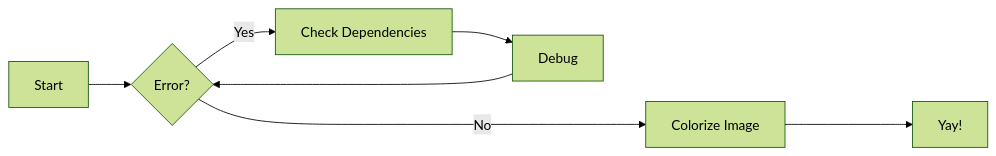
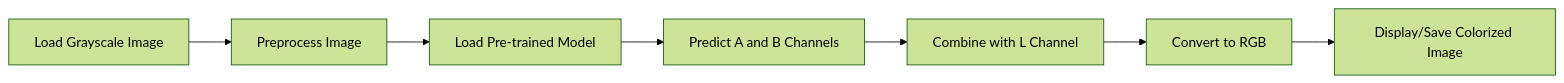
Before and after one commit to Avdhesh-Varshney/AI-Code: the diagram in docs/OpenCV/projects/black_and_white_image_colorizer.md, drawn with Mermaid (forest theme).

````diff
--- a/docs/OpenCV/projects/black_and_white_image_colorizer.md
+++ b/docs/OpenCV/projects/black_and_white_image_colorizer.md
@@ -114,9 +114,9 @@
     ``` mermaid
-    graph LR
-      A[Start] --> B{Error?};
-      B -->|Yes| C[Check Dependencies];
-      C --> D[Debug];
-      D --> B;
-      B ---->|No| E[Colorize Image];
-      E ----> F[Yay!]
+      graph LR  
+        A[Load Grayscale Image] --> B[Preprocess Image];  
+        B --> C[Load Pre-trained Model];  
+        C --> D[Predict A and B Channels];  
+        D --> E[Combine with L Channel];  
+        E --> F[Convert to RGB];  
+        F --> G[Display/Save Colorized Image];
     ```
````
